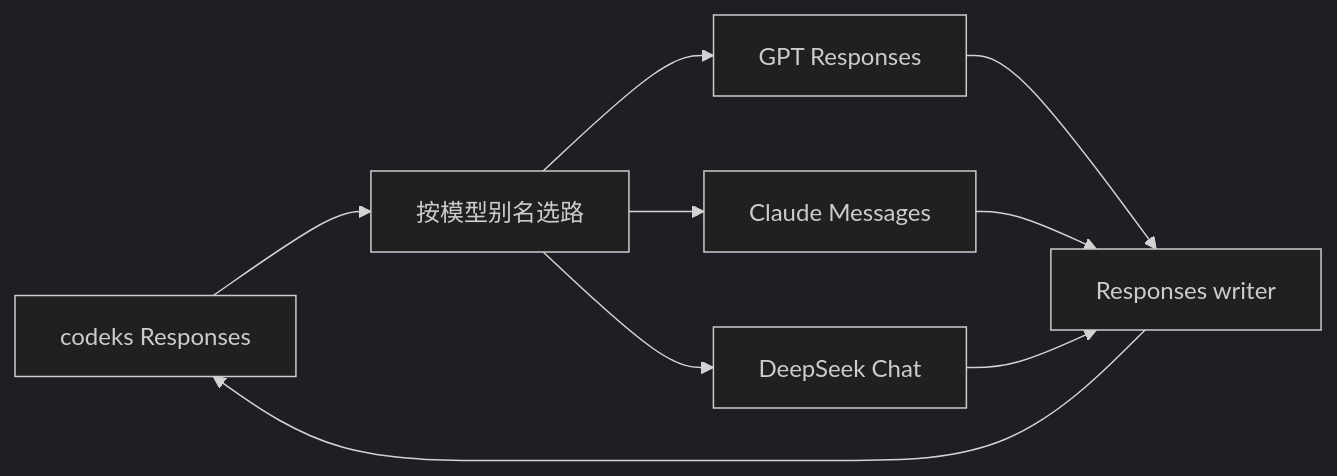
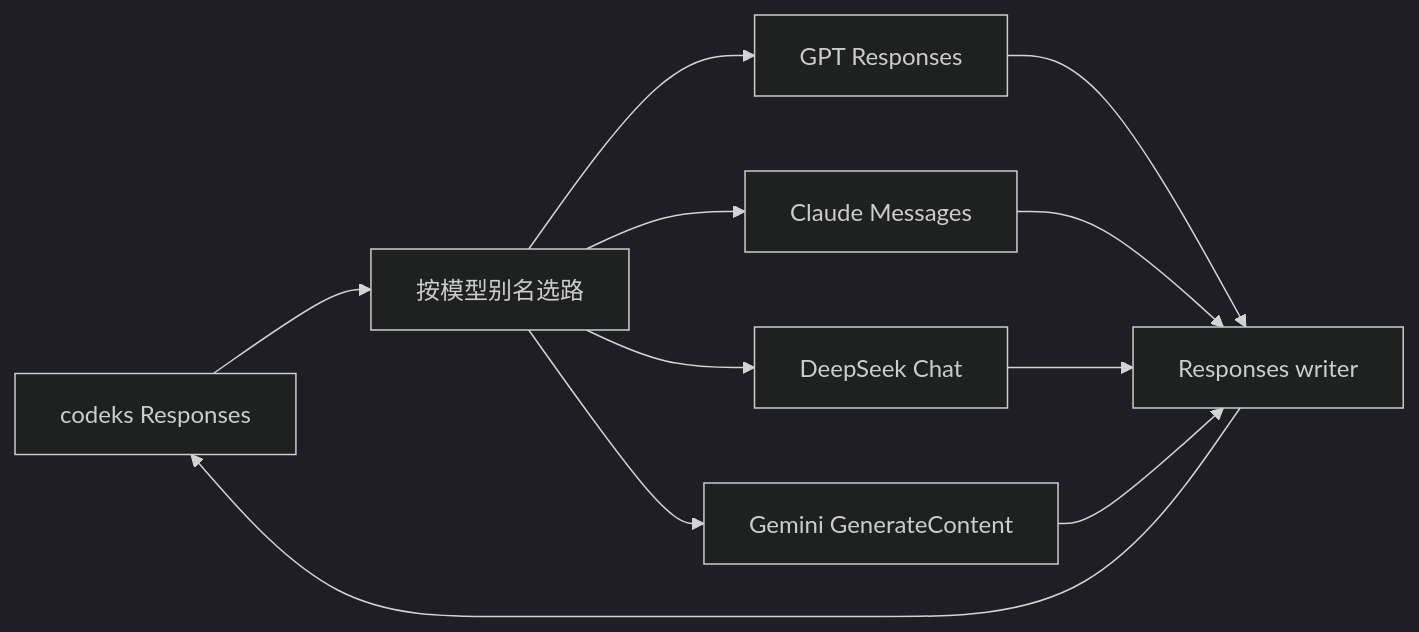
The diagram in docs/design.md (WAcry/codeks-bridge), drawn with Mermaid (dark theme) before and after one commit. The commit also changed other lines of this file and 37 other files, not shown here.

````diff
--- a/docs/design.md
+++ b/docs/design.md
@@ -7,11 +7,13 @@
 ```mermaid
 flowchart LR
   C[codeks Responses] --> R[按模型别名选路]
   R --> G[GPT Responses]
   R --> A[Claude Messages]
   R --> D[DeepSeek Chat]
+  R --> N[Gemini GenerateContent]
   G --> W[Responses writer]
   A --> W
   D --> W
+  N --> W
   W --> C
 ```
````
